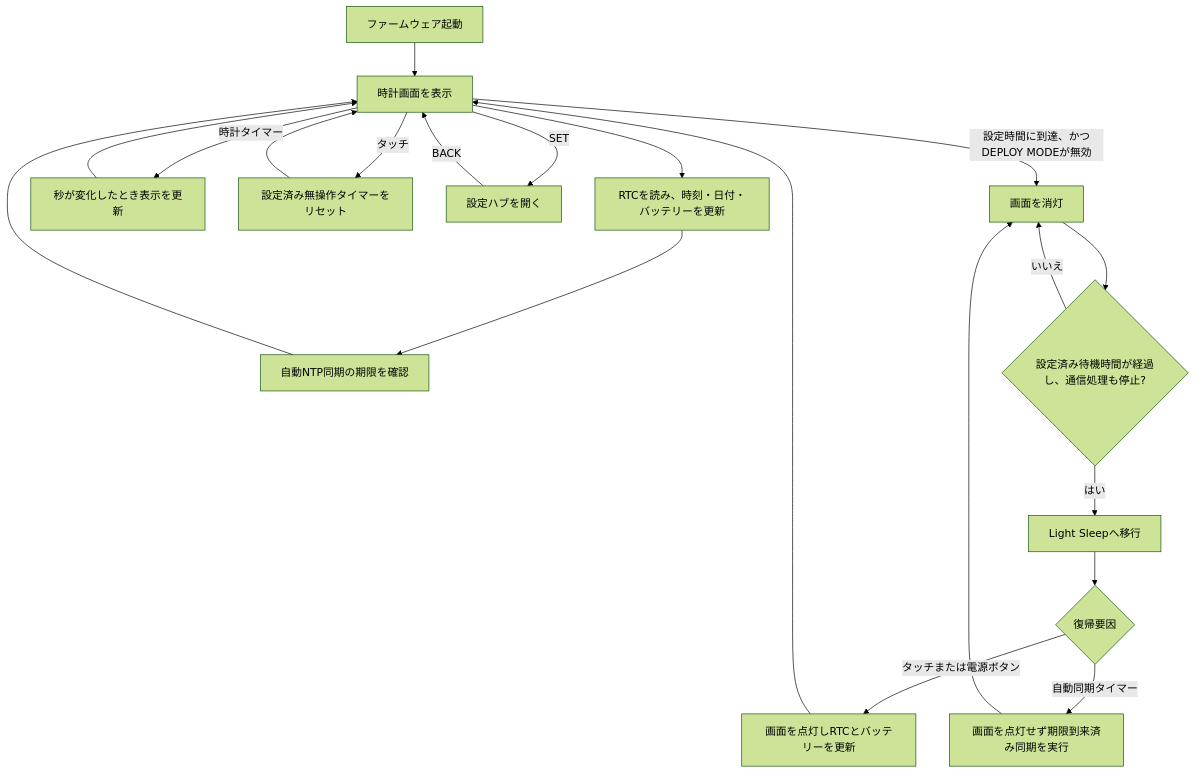
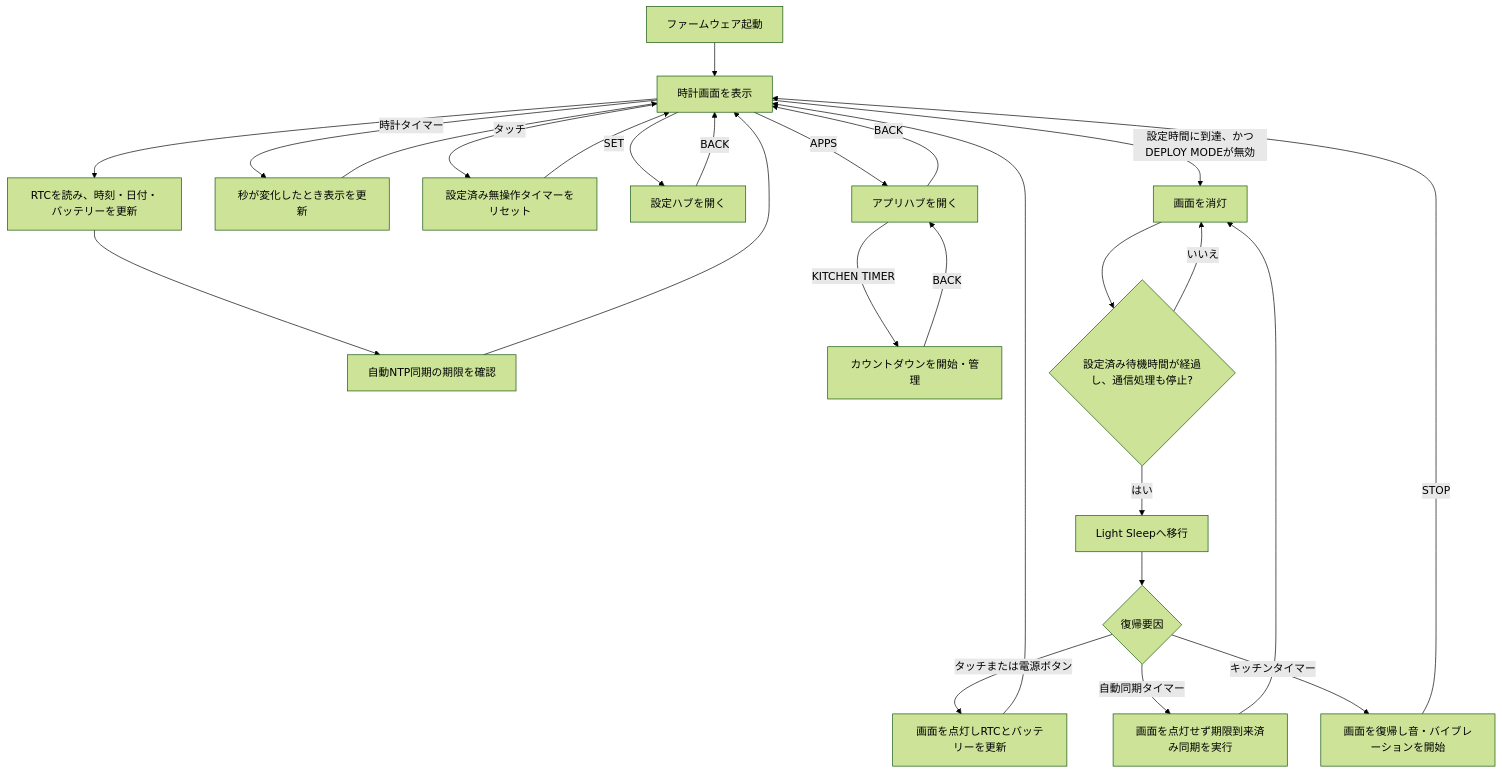
Before and after one commit to keach/LilyGoLib-PlatformIO: the fourth of 6 diagrams in README.md, drawn with Mermaid (forest theme). The commit also changed other lines of this file, not shown here.

Commit message:
Update README for kitchen timer and current build

````diff
--- a/README.md
+++ b/README.md
@@ -524,24 +539,30 @@
 ```mermaid
 flowchart TD
     BOOT["ファームウェア起動"] --> CLOCK["時計画面を表示"]
     CLOCK --> REFRESH["RTCを読み、時刻・日付・バッテリーを更新"]
     REFRESH --> DUE["自動NTP同期の期限を確認"]
     DUE --> CLOCK
 
     CLOCK -- "時計タイマー" --> TICK["秒が変化したとき表示を更新"]
     TICK --> CLOCK
     CLOCK -- "タッチ" --> ACTIVE["設定済み無操作タイマーをリセット"]
     ACTIVE --> CLOCK
     CLOCK -- "SET" --> HUB["設定ハブを開く"]
     HUB -- "BACK" --> CLOCK
+    CLOCK -- "APPS" --> APPS["アプリハブを開く"]
+    APPS -- "KITCHEN TIMER" --> TIMER["カウントダウンを開始・管理"]
+    TIMER -- "BACK" --> APPS
+    APPS -- "BACK" --> CLOCK
 
     CLOCK -- "設定時間に到達、かつDEPLOY MODEが無効" --> OFF["画面を消灯"]
     OFF --> READY{"設定済み待機時間が経過し、通信処理も停止?"}
     READY -- "いいえ" --> OFF
     READY -- "はい" --> SLEEP["Light Sleepへ移行"]
     SLEEP --> WAKE{"復帰要因"}
     WAKE -- "タッチまたは電源ボタン" --> RESTORE["画面を点灯しRTCとバッテリーを更新"]
     RESTORE --> CLOCK
     WAKE -- "自動同期タイマー" --> BG["画面を点灯せず期限到来済み同期を実行"]
     BG --> OFF
+    WAKE -- "キッチンタイマー" --> ALERT["画面を復帰し音・バイブレーションを開始"]
+    ALERT -- "STOP" --> CLOCK
 ```
````
